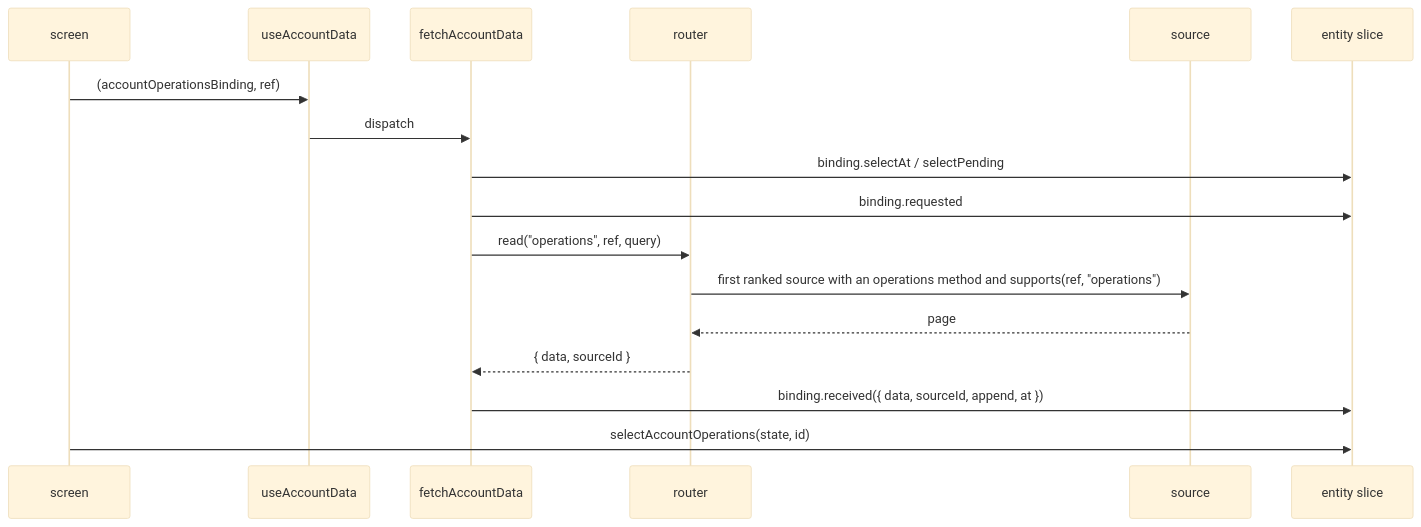
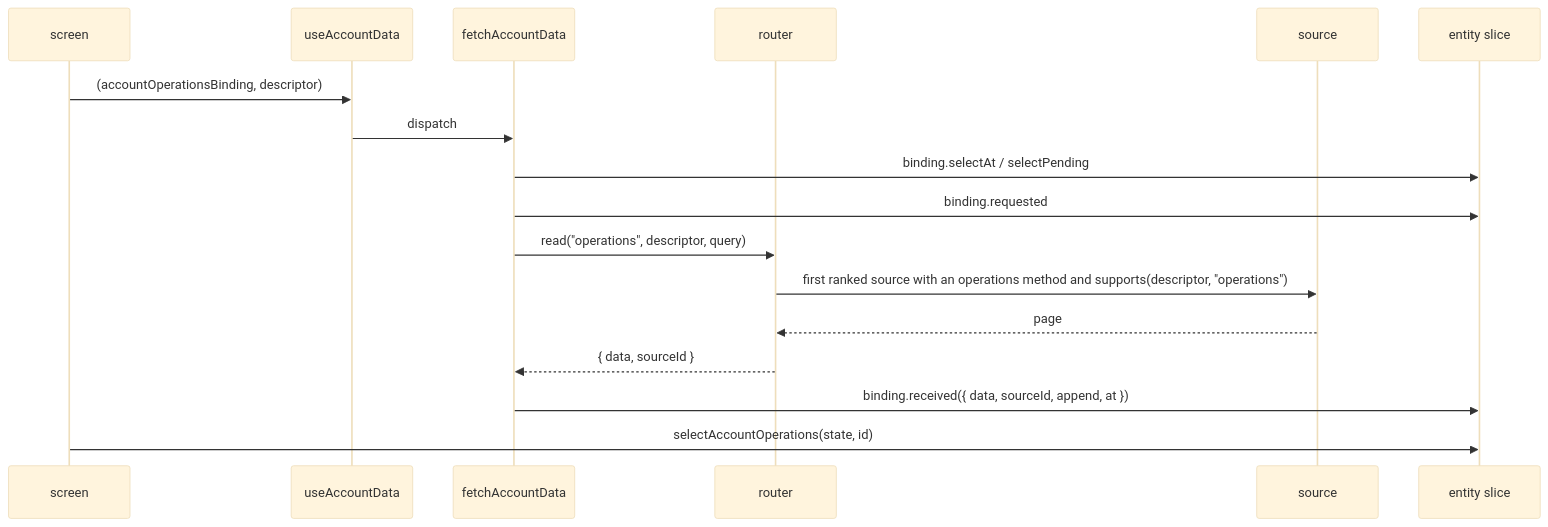
One commit to LedgerHQ/ledger-live changed the second of 4 diagrams in docs/account-data-layer.md. Above: the diagram before and after it, drawn with Mermaid (base theme). The commit also changed other lines of this file and 63 other files, not shown here.

First line of the commit message:
feat(account-data): account descriptor replaces account ref (LIVE-36923)

````diff
--- a/docs/account-data-layer.md
+++ b/docs/account-data-layer.md
@@ -66,19 +78,19 @@
 ```mermaid
 sequenceDiagram
     participant S as screen
     participant H as useAccountData
     participant T as fetchAccountData
     participant R as router
     participant X as source
     participant E as entity slice
-    S->>H: (accountOperationsBinding, ref)
+    S->>H: (accountOperationsBinding, descriptor)
     H->>T: dispatch
     T->>E: binding.selectAt / selectPending
     T->>E: binding.requested
-    T->>R: read("operations", ref, query)
-    R->>X: first ranked source with an operations method and supports(ref, "operations")
+    T->>R: read("operations", descriptor, query)
+    R->>X: first ranked source with an operations method and supports(descriptor, "operations")
     X-->>R: page
     R-->>T: { data, sourceId }
     T->>E: binding.received({ data, sourceId, append, at })
     S->>E: selectAccountOperations(state, id)
 ```
````
